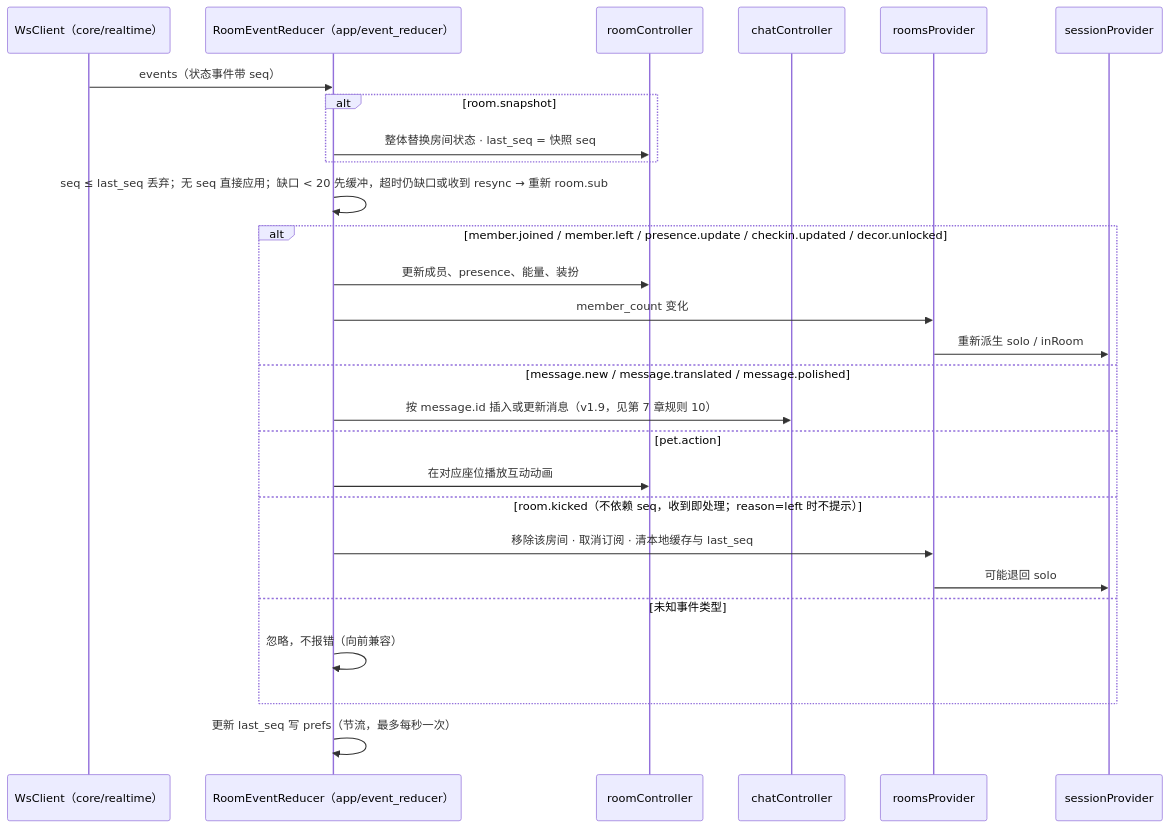
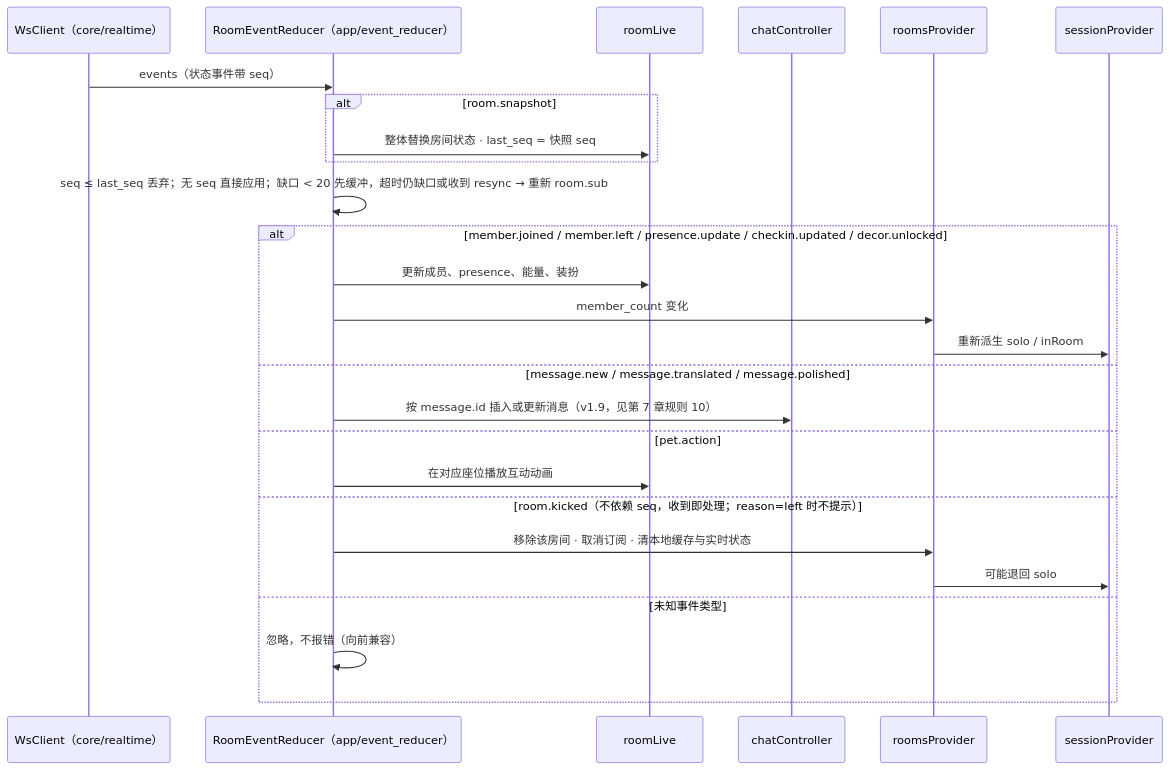
Before and after one commit to jinheng0301/PetBridge_frontend: the fifth of 6 diagrams in 前端技术设计文档（TRD）：PetBridge（Flutter）.md, drawn with Mermaid. The commit also changed other lines of this file and 5 other files, not shown here.

````diff
--- a/前端技术设计文档（TRD）：PetBridge（Flutter）.md
+++ b/前端技术设计文档（TRD）：PetBridge（Flutter）.md
@@ -261,30 +261,29 @@
 ```mermaid
 sequenceDiagram
     participant WS as WsClient（core/realtime）
     participant Red as RoomEventReducer（app/event_reducer）
-    participant RoomC as roomController
+    participant RoomC as roomLive
     participant ChatC as chatController
     participant Rooms as roomsProvider
     participant Sess as sessionProvider
 
     WS->>Red: events（状态事件带 seq）
     alt room.snapshot
         Red->>RoomC: 整体替换房间状态 · last_seq = 快照 seq
     end
     Red->>Red: seq ≤ last_seq 丢弃；无 seq 直接应用；缺口 < 20 先缓冲，超时仍缺口或收到 resync → 重新 room.sub
     alt member.joined / member.left / presence.update / checkin.updated / decor.unlocked
         Red->>RoomC: 更新成员、presence、能量、装扮
         Red->>Rooms: member_count 变化
         Rooms->>Sess: 重新派生 solo / inRoom
     else message.new / message.translated / message.polished
         Red->>ChatC: 按 message.id 插入或更新消息（v1.9，见第 7 章规则 10）
     else pet.action
         Red->>RoomC: 在对应座位播放互动动画
     else room.kicked（不依赖 seq，收到即处理；reason=left 时不提示）
-        Red->>Rooms: 移除该房间 · 取消订阅 · 清本地缓存与 last_seq
+        Red->>Rooms: 移除该房间 · 取消订阅 · 清本地缓存与实时状态
         Rooms->>Sess: 可能退回 solo
     else 未知事件类型
         Red->>Red: 忽略，不报错（向前兼容）
     end
-    Red->>Red: 更新 last_seq 写 prefs（节流，最多每秒一次）
 ```
````
